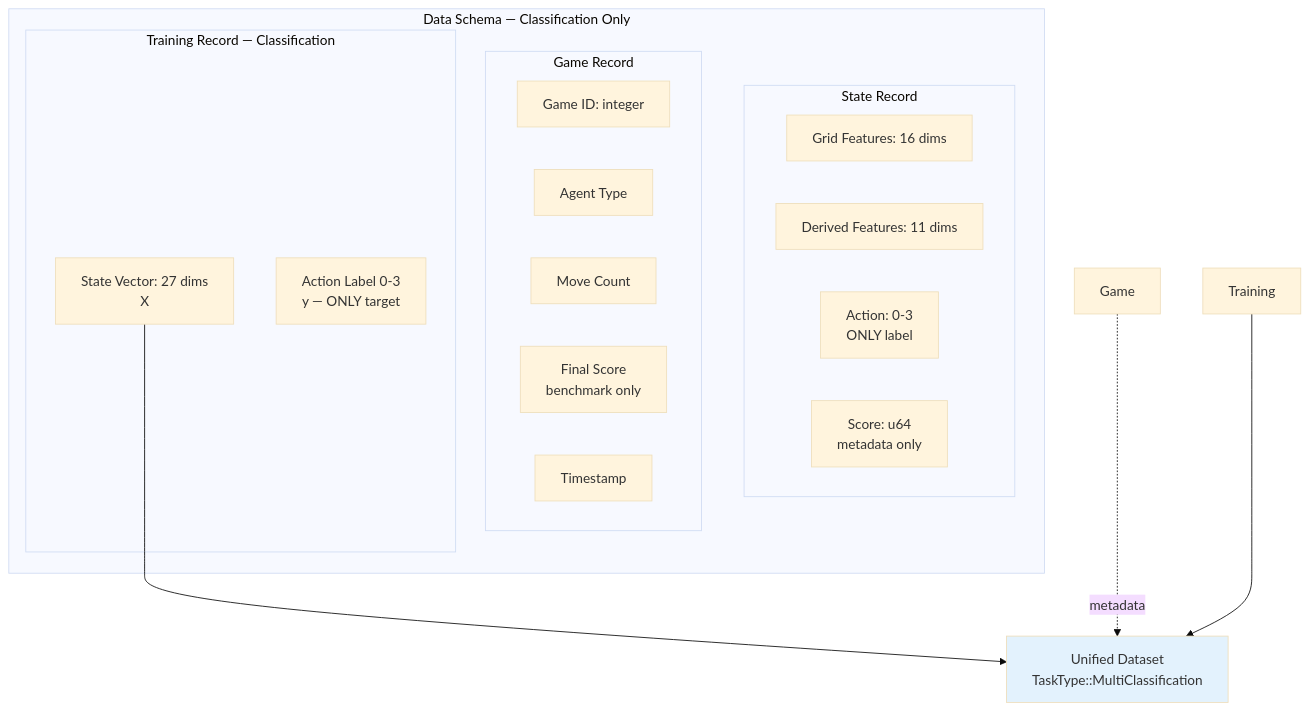
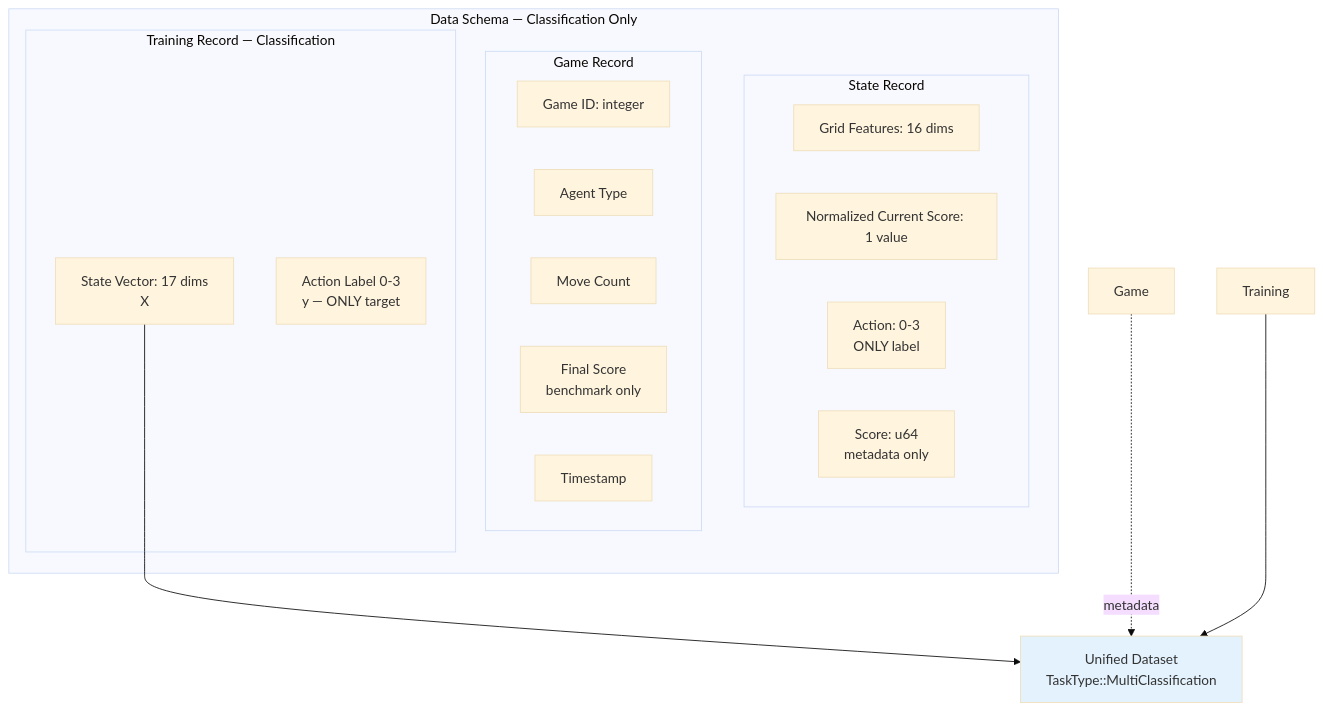
The first of 4 diagrams in plans/06-Data/02-Format/01-data-schema.md (Evintkoo/2048-ml), drawn with Mermaid (base theme) before and after one commit. The commit also changed other lines of this file and 198 other files, not shown here.

````diff
--- a/plans/06-Data/02-Format/01-data-schema.md
+++ b/plans/06-Data/02-Format/01-data-schema.md
@@ -22,30 +22,30 @@
 ```mermaid
 flowchart TD
     subgraph "Data Schema — Classification Only"
         subgraph "State Record"
             Grid[Grid Features: 16 dims]
-            Derived[Derived Features: 11 dims]
+            Score[Normalized Current Score: 1 value]
             Action[Action: 0-3<br/>ONLY label]
             ScoreMeta[Score: u64<br/>metadata only]
         end
 
         subgraph "Game Record"
             GameID[Game ID: integer]
             AgentType[Agent Type]
             MoveCount[Move Count]
             FinalScore[Final Score<br/>benchmark only]
             Timestamp[Timestamp]
         end
 
         subgraph "Training Record — Classification"
-            State[State Vector: 27 dims<br/>X]
+            State[State Vector: 17 dims<br/>X]
             Label[Action Label 0-3<br/>y — ONLY target]
         end
     end
 
     State --> Dataset[Unified Dataset<br/>TaskType::MultiClassification]
     Game -.->|metadata| Dataset
     Training --> Dataset
 
     style Dataset fill:#e3f2fd
 ```
````
